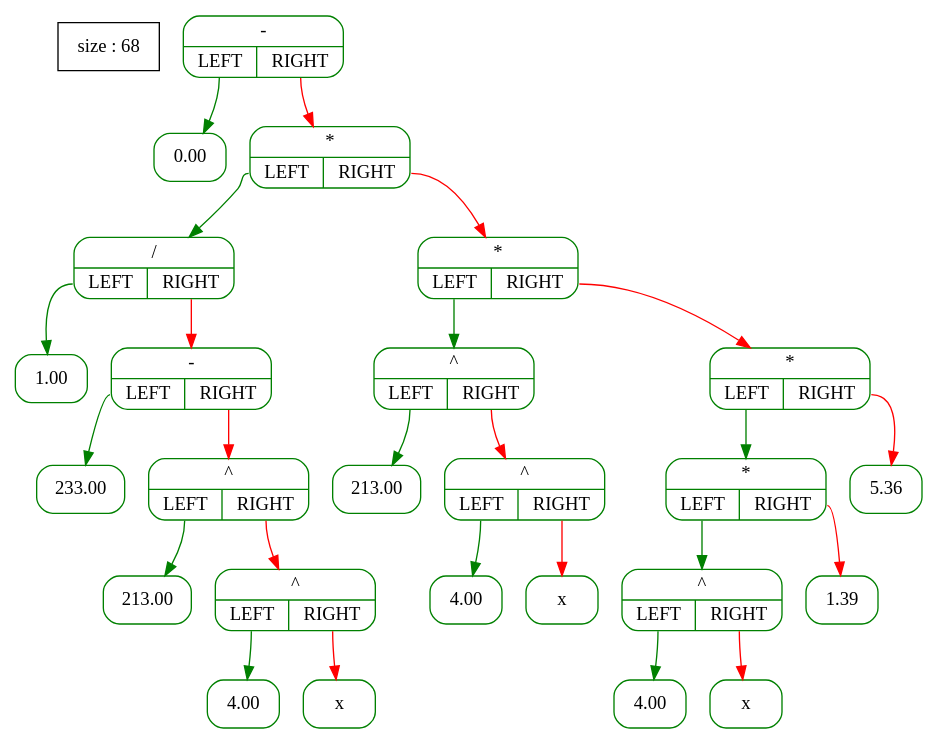
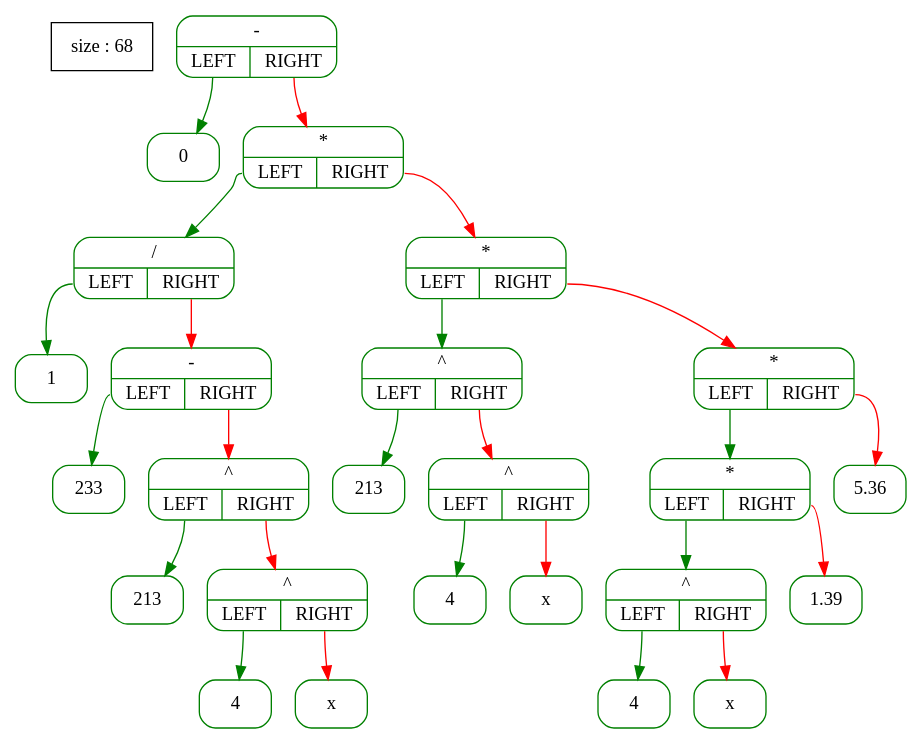
The diagram in files/Tree_graph4.dot (A-Elbereth-Gilthoniel/Differentiator), drawn with Graphviz before and after one commit. The commit also changed 21 other files, not shown here.

```diff
--- a/files/Tree_graph4.dot
+++ b/files/Tree_graph4.dot
@@ -1,54 +1,54 @@
 digraph G {                
   tree [shape=box ; stryle=rounded ; label="size : 68"];                
   edge [color=black];                
   node [shape=record ; style=rounded ; color=green];
-14731368 [label="{-|{<YES>LEFT|<NO>RIGHT}}"];
-14732528 [label="{0.00}"];
-14731128 [label="{*|{<YES>LEFT|<NO>RIGHT}}"];
-14731648 [label="{/|{<YES>LEFT|<NO>RIGHT}}"];
-14732408 [label="{1.00}"];
-14732568 [label="{-|{<YES>LEFT|<NO>RIGHT}}"];
-14732288 [label="{233.00}"];
-14732328 [label="{^|{<YES>LEFT|<NO>RIGHT}}"];
-14731688 [label="{213.00}"];
-14731928 [label="{^|{<YES>LEFT|<NO>RIGHT}}"];
-14731968 [label="{4.00}"];
-14731408 [label="{x}"];
-14732728 [label="{*|{<YES>LEFT|<NO>RIGHT}}"];
-14733488 [label="{^|{<YES>LEFT|<NO>RIGHT}}"];
-14732088 [label="{213.00}"];
-14733688 [label="{^|{<YES>LEFT|<NO>RIGHT}}"];
-14732208 [label="{4.00}"];
-14733648 [label="{x}"];
-14733408 [label="{*|{<YES>LEFT|<NO>RIGHT}}"];
-14733848 [label="{*|{<YES>LEFT|<NO>RIGHT}}"];
-14733048 [label="{^|{<YES>LEFT|<NO>RIGHT}}"];
-14733128 [label="{4.00}"];
-14733728 [label="{x}"];
-14733808 [label="{1.39}"];
-14732888 [label="{5.36}"];
-14731368:<YES> -> 14732528 [color=green];
-14731368:<NO> -> 14731128 [color=red];
-14731128:<YES> -> 14731648 [color=green];
-14731648:<YES> -> 14732408 [color=green];
-14731648:<NO> -> 14732568 [color=red];
-14732568:<YES> -> 14732288 [color=green];
-14732568:<NO> -> 14732328 [color=red];
-14732328:<YES> -> 14731688 [color=green];
-14732328:<NO> -> 14731928 [color=red];
-14731928:<YES> -> 14731968 [color=green];
-14731928:<NO> -> 14731408 [color=red];
-14731128:<NO> -> 14732728 [color=red];
-14732728:<YES> -> 14733488 [color=green];
-14733488:<YES> -> 14732088 [color=green];
-14733488:<NO> -> 14733688 [color=red];
-14733688:<YES> -> 14732208 [color=green];
-14733688:<NO> -> 14733648 [color=red];
-14732728:<NO> -> 14733408 [color=red];
-14733408:<YES> -> 14733848 [color=green];
-14733848:<YES> -> 14733048 [color=green];
-14733048:<YES> -> 14733128 [color=green];
-14733048:<NO> -> 14733728 [color=red];
-14733848:<NO> -> 14733808 [color=red];
-14733408:<NO> -> 14732888 [color=red];
+14992088 [label="{-|{<YES>LEFT|<NO>RIGHT}}"];
+14988968 [label="{0}"];
+14990848 [label="{*|{<YES>LEFT|<NO>RIGHT}}"];
+14988528 [label="{/|{<YES>LEFT|<NO>RIGHT}}"];
+14989168 [label="{1}"];
+14989008 [label="{-|{<YES>LEFT|<NO>RIGHT}}"];
+14988768 [label="{233}"];
+14988608 [label="{^|{<YES>LEFT|<NO>RIGHT}}"];
+14989208 [label="{213}"];
+14988368 [label="{^|{<YES>LEFT|<NO>RIGHT}}"];
+14988848 [label="{4}"];
+14989248 [label="{x}"];
+14989448 [label="{*|{<YES>LEFT|<NO>RIGHT}}"];
+14990168 [label="{^|{<YES>LEFT|<NO>RIGHT}}"];
+14989368 [label="{213}"];
+14989848 [label="{^|{<YES>LEFT|<NO>RIGHT}}"];
+14988128 [label="{4}"];
+14989568 [label="{x}"];
+14990408 [label="{*|{<YES>LEFT|<NO>RIGHT}}"];
+14990288 [label="{*|{<YES>LEFT|<NO>RIGHT}}"];
+14990448 [label="{^|{<YES>LEFT|<NO>RIGHT}}"];
+14990128 [label="{4}"];
+14989488 [label="{x}"];
+14989968 [label="{1.39}"];
+14990368 [label="{5.36}"];
+14992088:<YES> -> 14988968 [color=green];
+14992088:<NO> -> 14990848 [color=red];
+14990848:<YES> -> 14988528 [color=green];
+14988528:<YES> -> 14989168 [color=green];
+14988528:<NO> -> 14989008 [color=red];
+14989008:<YES> -> 14988768 [color=green];
+14989008:<NO> -> 14988608 [color=red];
+14988608:<YES> -> 14989208 [color=green];
+14988608:<NO> -> 14988368 [color=red];
+14988368:<YES> -> 14988848 [color=green];
+14988368:<NO> -> 14989248 [color=red];
+14990848:<NO> -> 14989448 [color=red];
+14989448:<YES> -> 14990168 [color=green];
+14990168:<YES> -> 14989368 [color=green];
+14990168:<NO> -> 14989848 [color=red];
+14989848:<YES> -> 14988128 [color=green];
+14989848:<NO> -> 14989568 [color=red];
+14989448:<NO> -> 14990408 [color=red];
+14990408:<YES> -> 14990288 [color=green];
+14990288:<YES> -> 14990448 [color=green];
+14990448:<YES> -> 14990128 [color=green];
+14990448:<NO> -> 14989488 [color=red];
+14990288:<NO> -> 14989968 [color=red];
+14990408:<NO> -> 14990368 [color=red];
 }
```
